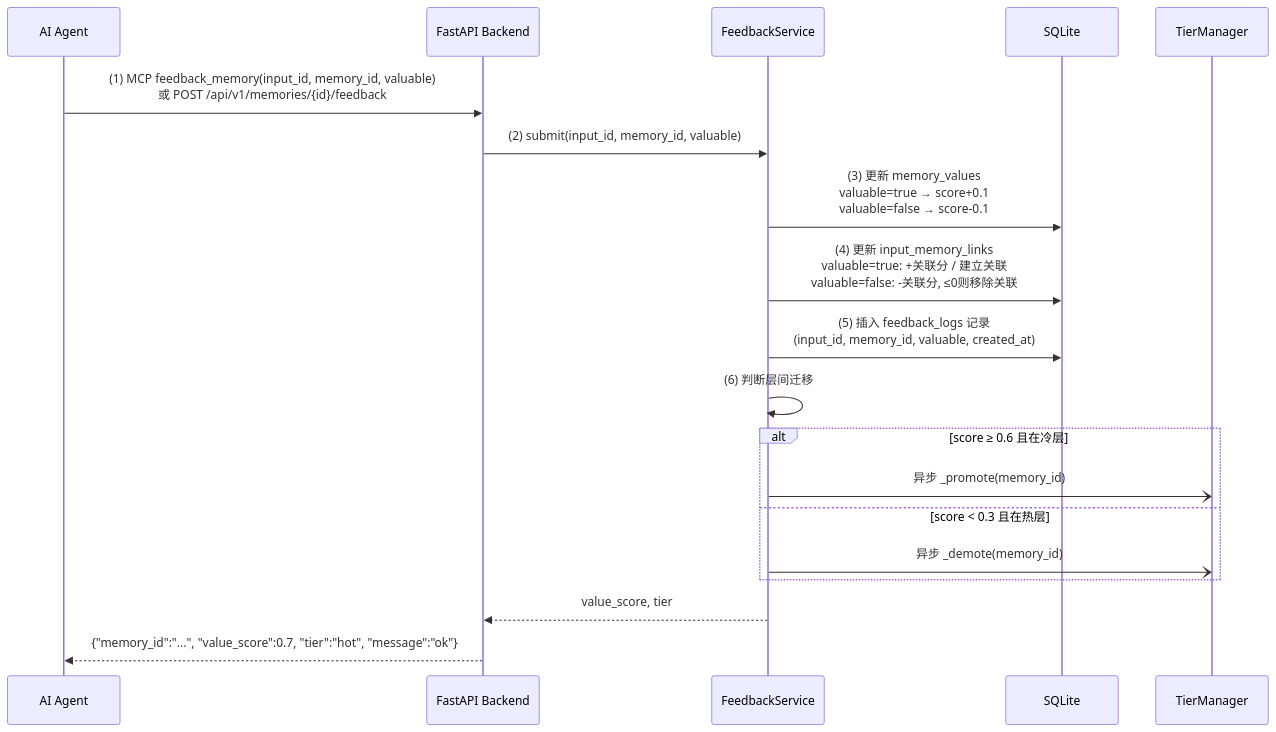
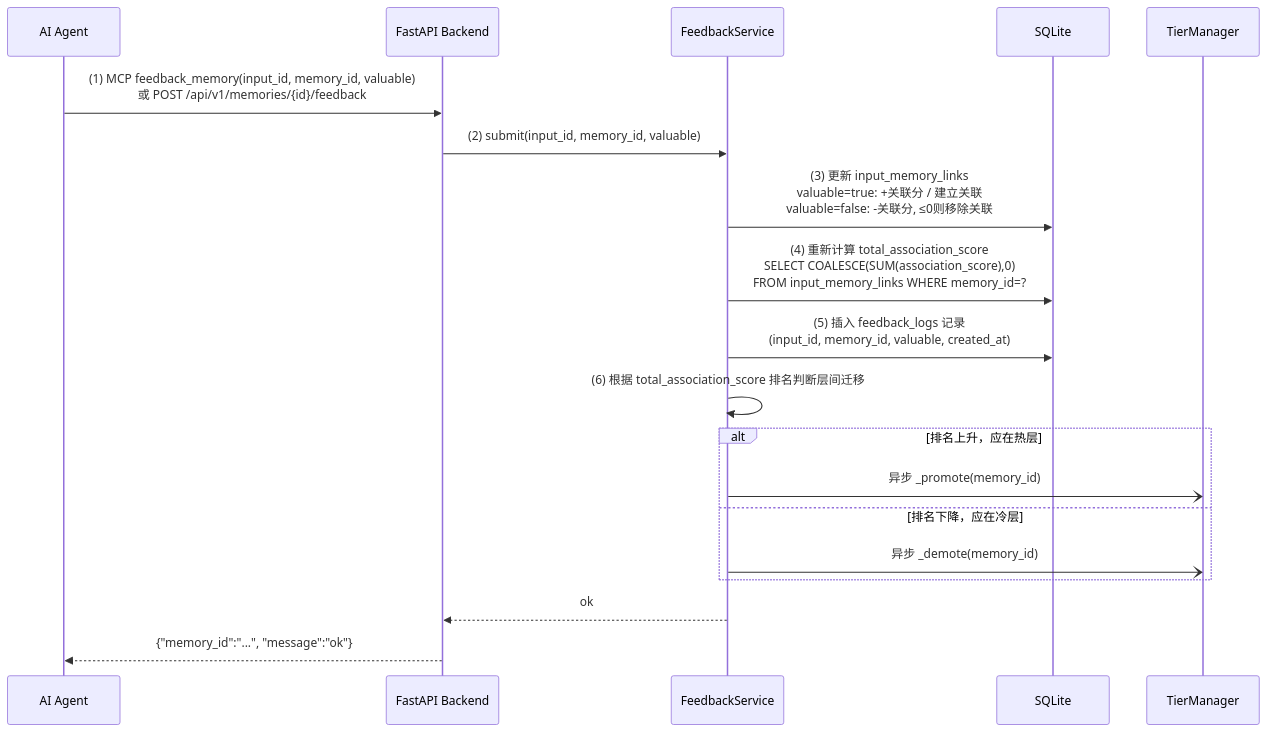
One commit to SevenLv/air_memory changed the fifth of 10 diagrams in doc/sad_v1.15.md. Above: the diagram before and after it, drawn with Mermaid. The commit also changed other lines of this file and 7 other files, not shown here.

First line of the commit message:
docs: 将记忆价值计量方式从 value_score 全面替换为 total_association_score

````diff
--- a/doc/sad_v1.15.md
+++ b/doc/sad_v1.15.md
@@ -417,22 +416,22 @@
 ```mermaid
 sequenceDiagram
     participant Agent as AI Agent
     participant API as FastAPI Backend
     participant FeedSvc as FeedbackService
     participant DB as SQLite
     participant TierMgr as TierManager
 
     Agent->>API: (1) MCP feedback_memory(input_id, memory_id, valuable)<br/>或 POST /api/v1/memories/{id}/feedback
     API->>FeedSvc: (2) submit(input_id, memory_id, valuable)
-    FeedSvc->>DB: (3) 更新 memory_values<br/>valuable=true → score+0.1<br/>valuable=false → score-0.1
-    FeedSvc->>DB: (4) 更新 input_memory_links<br/>valuable=true: +关联分 / 建立关联<br/>valuable=false: -关联分, ≤0则移除关联
+    FeedSvc->>DB: (3) 更新 input_memory_links<br/>valuable=true: +关联分 / 建立关联<br/>valuable=false: -关联分, ≤0则移除关联
+    FeedSvc->>DB: (4) 重新计算 total_association_score<br/>SELECT COALESCE(SUM(association_score),0)<br/>FROM input_memory_links WHERE memory_id=?
     FeedSvc->>DB: (5) 插入 feedback_logs 记录<br/>(input_id, memory_id, valuable, created_at)
-    FeedSvc->>FeedSvc: (6) 判断层间迁移
-    alt score ≥ 0.6 且在冷层
+    FeedSvc->>FeedSvc: (6) 根据 total_association_score 排名判断层间迁移
+    alt 排名上升，应在热层
         FeedSvc-)TierMgr: 异步 _promote(memory_id)
-    else score < 0.3 且在热层
+    else 排名下降，应在冷层
         FeedSvc-)TierMgr: 异步 _demote(memory_id)
     end
-    FeedSvc-->>API: value_score, tier
-    API-->>Agent: {"memory_id":"...", "value_score":0.7, "tier":"hot", "message":"ok"}
+    FeedSvc-->>API: ok
+    API-->>Agent: {"memory_id":"...", "message":"ok"}
 ```
````
